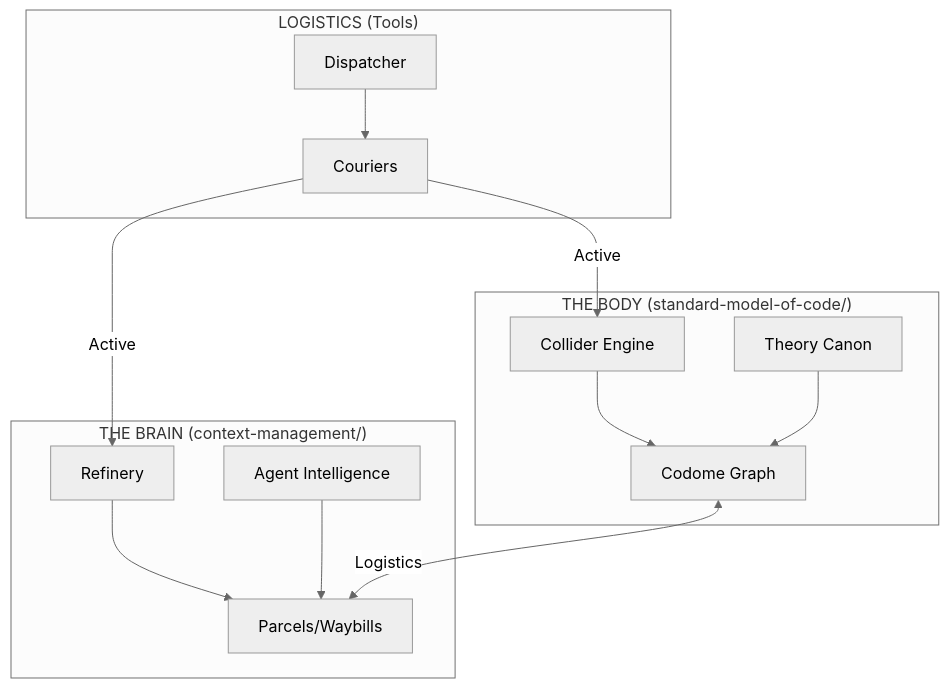
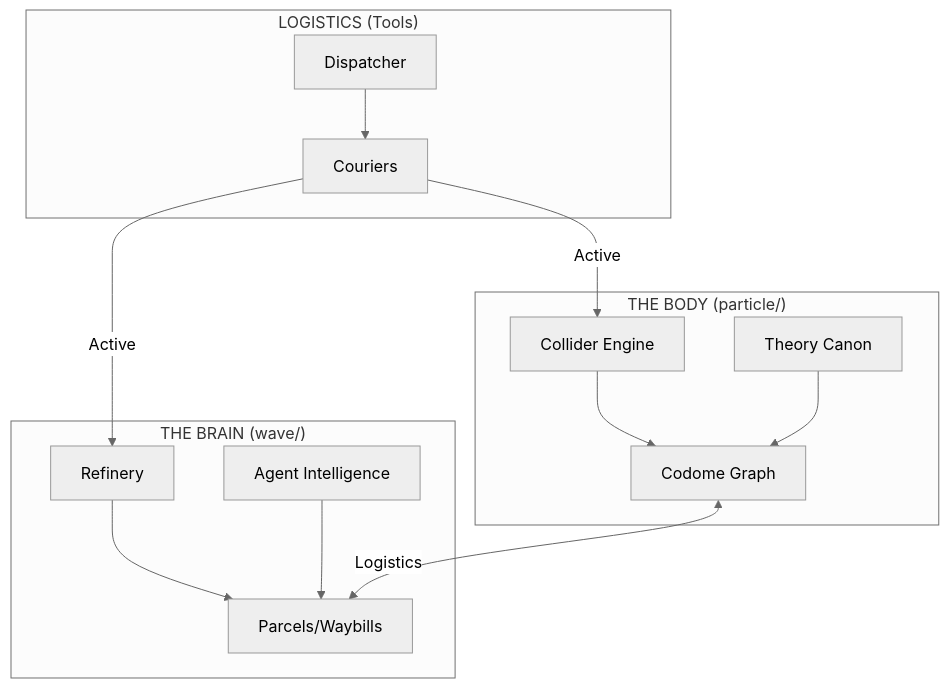
The diagram in reports/audits/PROJECT_MAP_2026.md (leolech14/standard-model-of-code), drawn with Mermaid (neutral theme) before and after one commit. The commit also changed other lines of this file and 5441 other files, not shown here.

````diff
--- a/reports/audits/PROJECT_MAP_2026.md
+++ b/reports/audits/PROJECT_MAP_2026.md
@@ -9,20 +9,20 @@
 ```mermaid
 graph TD
-    subgraph "THE BODY (standard-model-of-code/)"
+    subgraph "THE BODY (particle/)"
         CE[Collider Engine] --> G[Codome Graph]
         T[Theory Canon] --> G
     end
 
-    subgraph "THE BRAIN (context-management/)"
+    subgraph "THE BRAIN (wave/)"
         R[Refinery] --> P[Parcels/Waybills]
         AI[Agent Intelligence] --> P
     end
 
     subgraph "LOGISTICS (Tools)"
         D[Dispatcher] --> C[Couriers]
         C -->|Active| CE
         C -->|Active| R
     end
 
     G <-->|Logistics| P
 ```
````
